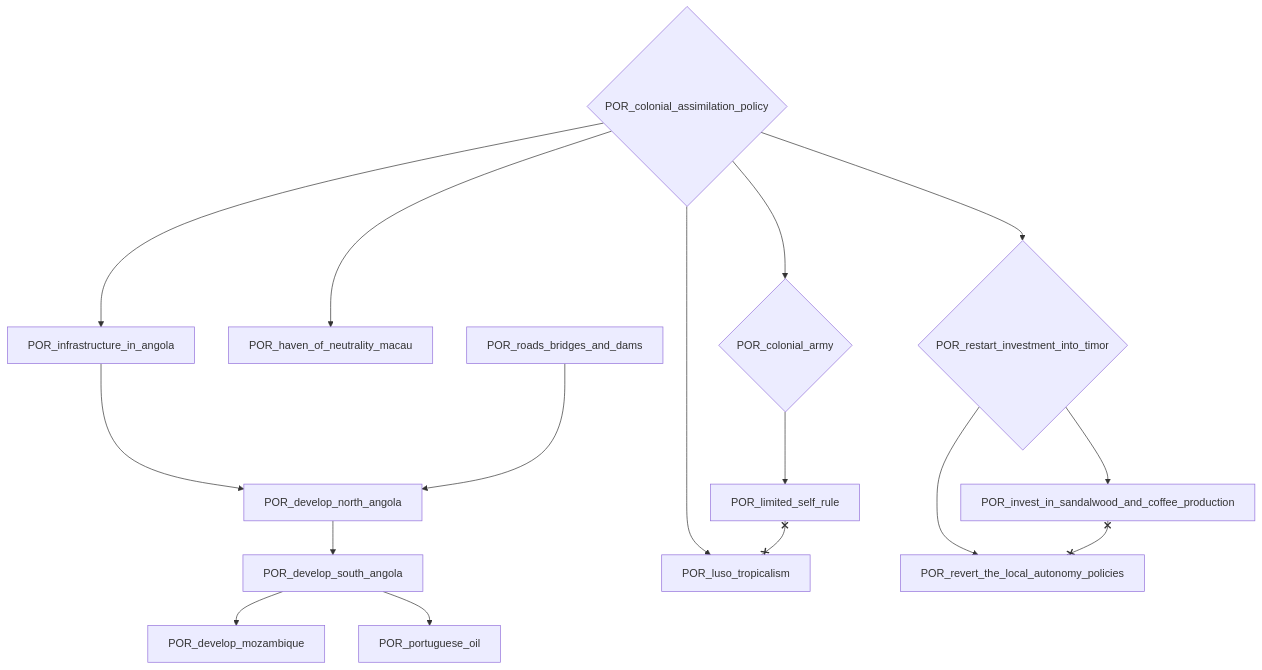
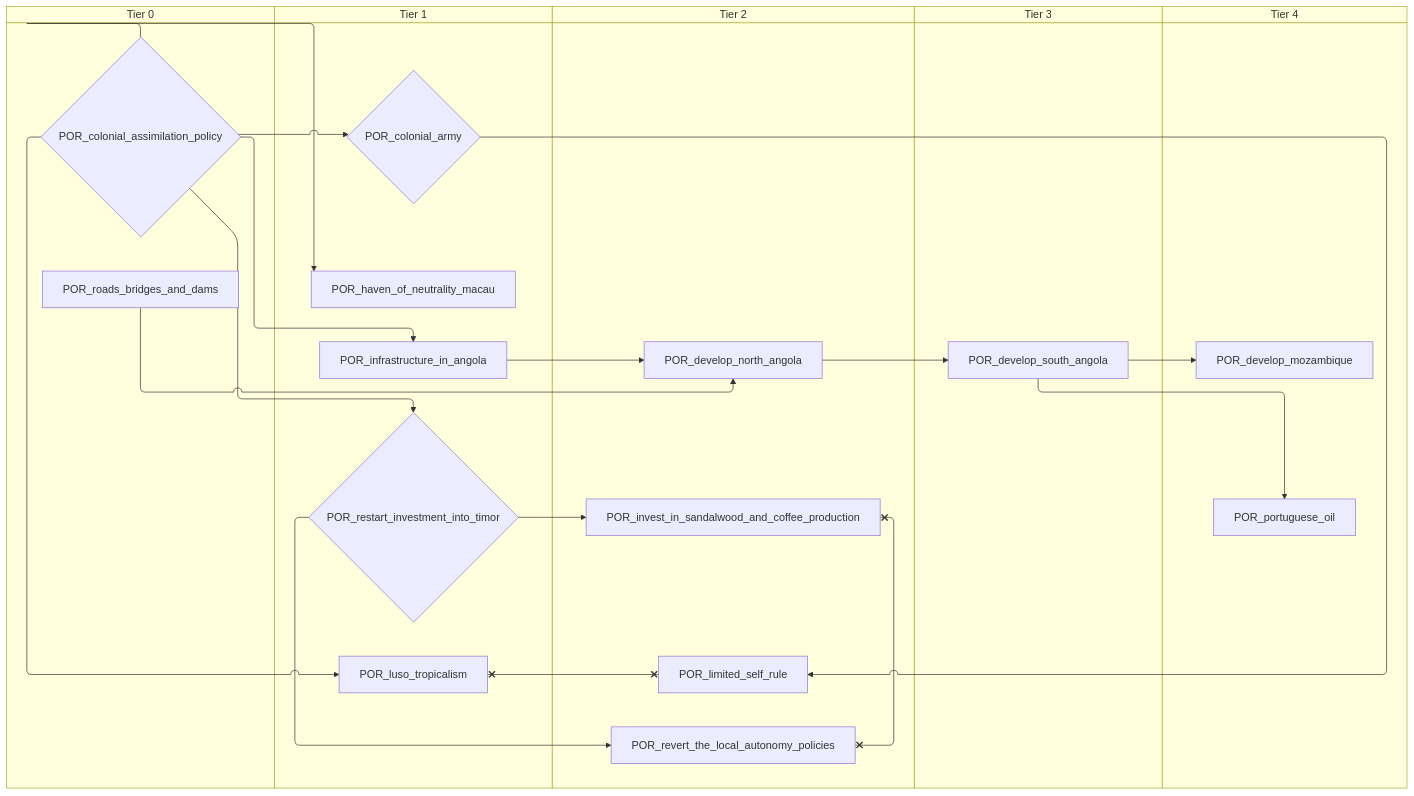
Before and after one commit to evgeny-sobol/hoi4-sandbox-mode: the second of 6 diagrams in docs/gdd/National Focuses/portugal.md, drawn with Mermaid. The commit also changed other lines of this file and 80 other files, not shown here.

First line of the commit message:
Add swimlane mode to focus graph exporter

````diff
--- a/docs/gdd/National Focuses/portugal.md
+++ b/docs/gdd/National Focuses/portugal.md
@@ -30,32 +42,42 @@
 ```mermaid
-flowchart TD
-    n11{"POR_colonial_army"}
-    n12{"POR_colonial_assimilation_policy"}
-    n13["POR_develop_mozambique"]
-    n14["POR_develop_north_angola"]
-    n15["POR_develop_south_angola"]
-    n16["POR_haven_of_neutrality_macau"]
-    n17["POR_infrastructure_in_angola"]
-    n18["POR_invest_in_sandalwood_and_coffee_production"]
-    n19["POR_limited_self_rule"]
-    n20["POR_luso_tropicalism"]
-    n21["POR_portuguese_oil"]
-    n22{"POR_restart_investment_into_timor"}
-    n23["POR_revert_the_local_autonomy_policies"]
-    n24["POR_roads_bridges_and_dams"]
-    n12 --> n11
-    n15 --> n13
-    n17 --> n14
-    n24 --> n14
-    n14 --> n15
-    n12 --> n16
-    n12 --> n17
-    n22 --> n18
-    n11 --> n19
-    n12 --> n20
-    n15 --> n21
-    n12 --> n22
+swimlane-beta TD
+    subgraph tier_0["Tier 0"]
+        n11{"POR_colonial_assimilation_policy"}
+        n12["POR_roads_bridges_and_dams"]
+    end
+    subgraph tier_1["Tier 1"]
+        n13{"POR_colonial_army"}
+        n14["POR_haven_of_neutrality_macau"]
+        n15["POR_infrastructure_in_angola"]
+        n16["POR_luso_tropicalism"]
+        n17{"POR_restart_investment_into_timor"}
+    end
+    subgraph tier_2["Tier 2"]
+        n18["POR_develop_north_angola"]
+        n19["POR_invest_in_sandalwood_and_coffee_production"]
+        n20["POR_limited_self_rule"]
+        n21["POR_revert_the_local_autonomy_policies"]
+    end
+    subgraph tier_3["Tier 3"]
+        n22["POR_develop_south_angola"]
+    end
+    subgraph tier_4["Tier 4"]
+        n23["POR_develop_mozambique"]
+        n24["POR_portuguese_oil"]
+    end
+    n11 --> n13
     n22 --> n23
-    n18 x--x n23
-    n19 x--x n20
+    n15 --> n18
+    n12 --> n18
+    n18 --> n22
+    n11 --> n14
+    n11 --> n15
+    n17 --> n19
+    n13 --> n20
+    n11 --> n16
+    n22 --> n24
+    n11 --> n17
+    n17 --> n21
+    n19 x--x n21
+    n20 x--x n16
 ```
````
